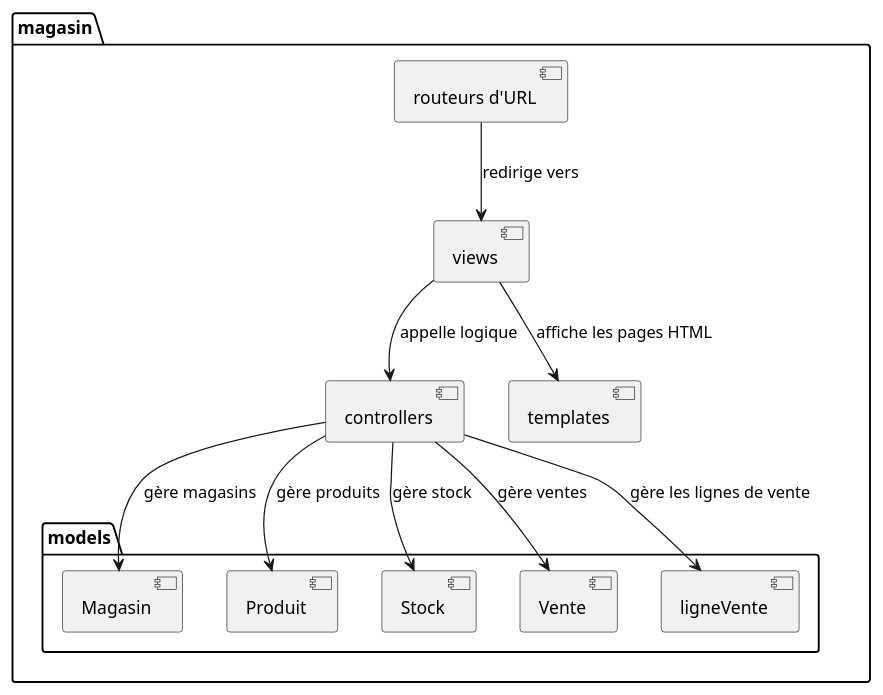
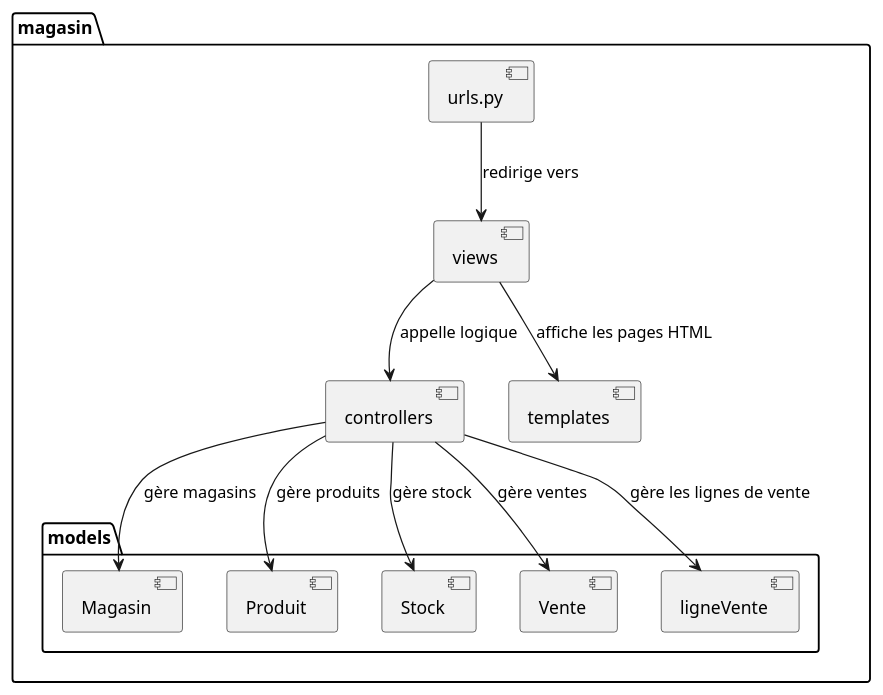
The diagram in docs/UML/vue-implementation.puml (TalipKoyluoglu/LOG430-Labo3), drawn with PlantUML before and after one commit. The commit also changed 13 other files, not shown here.

```diff
--- a/docs/UML/vue-implementation.puml
+++ b/docs/UML/vue-implementation.puml
@@ -1,26 +1,26 @@
 @startuml vue-implementation
 package magasin {
 
   [controllers] as C
   [views] as V
   [templates] as T
-  [routeurs d'URL] as U
+  [urls.py] as U
 
   package models {
     [Magasin] as S1
     [Produit] as S2
     [Stock] as S3
     [Vente] as S4
     [ligneVente] as S5
   }
 
   C --> S1 : gère magasins
   C --> S2 : gère produits
   C --> S3 : gère stock
   C --> S4 : gère ventes
   C --> S5 : gère les lignes de vente
   V --> C : appelle logique
   U --> V : redirige vers
   V --> T : affiche les pages HTML
 }
 @enduml
```
